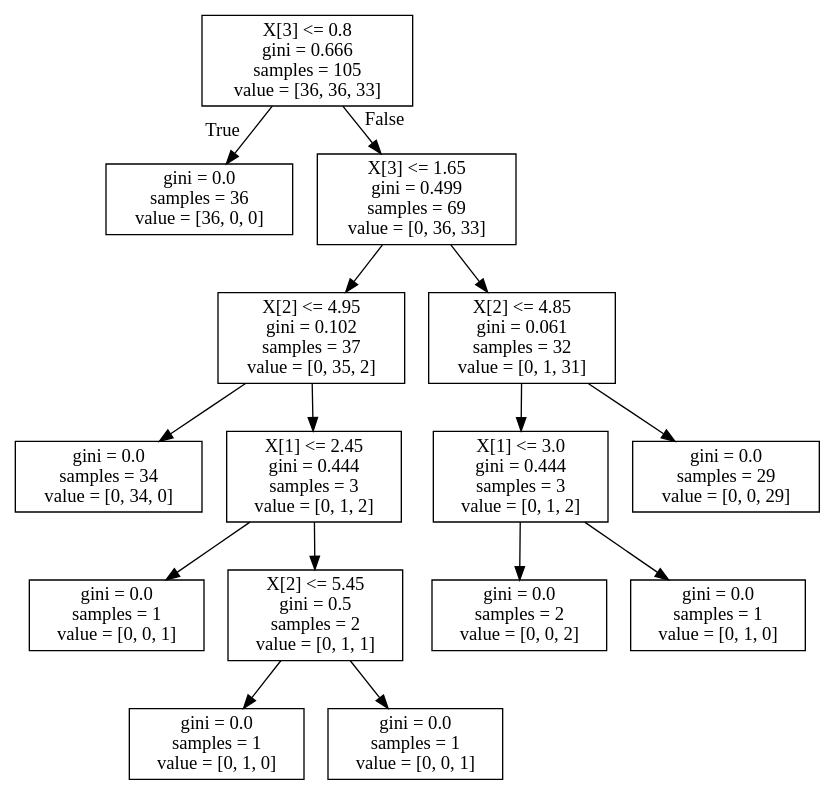
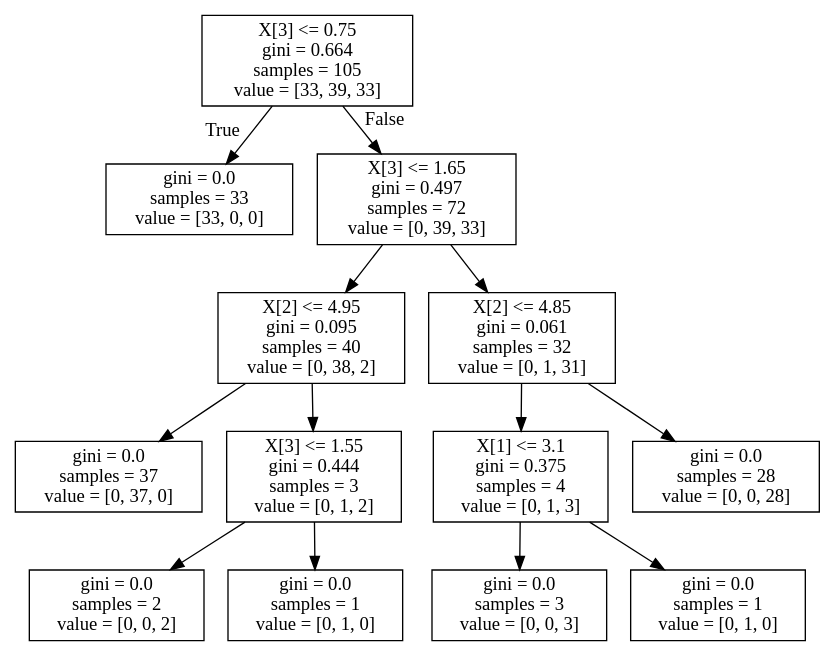
The diagram in Chapter_5/tree_pic.dot (Melody1216/LiHang_Code), drawn with Graphviz before and after one commit. The commit also changed 2 other files, not shown here.

```diff
--- a/Chapter_5/tree_pic.dot
+++ b/Chapter_5/tree_pic.dot
@@ -1,32 +1,28 @@
 digraph Tree {
 node [shape=box] ;
-0 [label="X[3] <= 0.8\ngini = 0.666\nsamples = 105\nvalue = [36, 36, 33]"] ;
-1 [label="gini = 0.0\nsamples = 36\nvalue = [36, 0, 0]"] ;
+0 [label="X[3] <= 0.75\ngini = 0.664\nsamples = 105\nvalue = [33, 39, 33]"] ;
+1 [label="gini = 0.0\nsamples = 33\nvalue = [33, 0, 0]"] ;
 0 -> 1 [labeldistance=2.5, labelangle=45, headlabel="True"] ;
-2 [label="X[3] <= 1.65\ngini = 0.499\nsamples = 69\nvalue = [0, 36, 33]"] ;
+2 [label="X[3] <= 1.65\ngini = 0.497\nsamples = 72\nvalue = [0, 39, 33]"] ;
 0 -> 2 [labeldistance=2.5, labelangle=-45, headlabel="False"] ;
-3 [label="X[2] <= 4.95\ngini = 0.102\nsamples = 37\nvalue = [0, 35, 2]"] ;
+3 [label="X[2] <= 4.95\ngini = 0.095\nsamples = 40\nvalue = [0, 38, 2]"] ;
 2 -> 3 ;
-4 [label="gini = 0.0\nsamples = 34\nvalue = [0, 34, 0]"] ;
+4 [label="gini = 0.0\nsamples = 37\nvalue = [0, 37, 0]"] ;
 3 -> 4 ;
-5 [label="X[1] <= 2.45\ngini = 0.444\nsamples = 3\nvalue = [0, 1, 2]"] ;
+5 [label="X[3] <= 1.55\ngini = 0.444\nsamples = 3\nvalue = [0, 1, 2]"] ;
 3 -> 5 ;
-6 [label="gini = 0.0\nsamples = 1\nvalue = [0, 0, 1]"] ;
+6 [label="gini = 0.0\nsamples = 2\nvalue = [0, 0, 2]"] ;
 5 -> 6 ;
-7 [label="X[2] <= 5.45\ngini = 0.5\nsamples = 2\nvalue = [0, 1, 1]"] ;
+7 [label="gini = 0.0\nsamples = 1\nvalue = [0, 1, 0]"] ;
 5 -> 7 ;
-8 [label="gini = 0.0\nsamples = 1\nvalue = [0, 1, 0]"] ;
-7 -> 8 ;
-9 [label="gini = 0.0\nsamples = 1\nvalue = [0, 0, 1]"] ;
-7 -> 9 ;
-10 [label="X[2] <= 4.85\ngini = 0.061\nsamples = 32\nvalue = [0, 1, 31]"] ;
-2 -> 10 ;
-11 [label="X[1] <= 3.0\ngini = 0.444\nsamples = 3\nvalue = [0, 1, 2]"] ;
-10 -> 11 ;
-12 [label="gini = 0.0\nsamples = 2\nvalue = [0, 0, 2]"] ;
-11 -> 12 ;
-13 [label="gini = 0.0\nsamples = 1\nvalue = [0, 1, 0]"] ;
-11 -> 13 ;
-14 [label="gini = 0.0\nsamples = 29\nvalue = [0, 0, 29]"] ;
-10 -> 14 ;
+8 [label="X[2] <= 4.85\ngini = 0.061\nsamples = 32\nvalue = [0, 1, 31]"] ;
+2 -> 8 ;
+9 [label="X[1] <= 3.1\ngini = 0.375\nsamples = 4\nvalue = [0, 1, 3]"] ;
+8 -> 9 ;
+10 [label="gini = 0.0\nsamples = 3\nvalue = [0, 0, 3]"] ;
+9 -> 10 ;
+11 [label="gini = 0.0\nsamples = 1\nvalue = [0, 1, 0]"] ;
+9 -> 11 ;
+12 [label="gini = 0.0\nsamples = 28\nvalue = [0, 0, 28]"] ;
+8 -> 12 ;
 }
```
